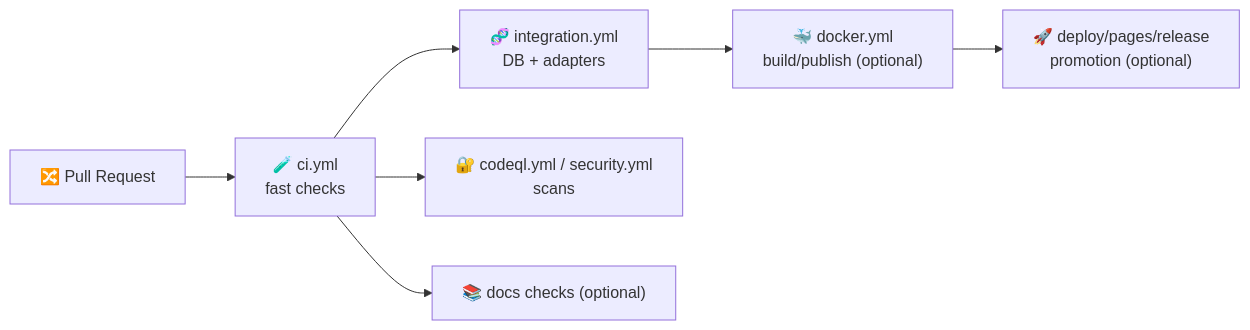
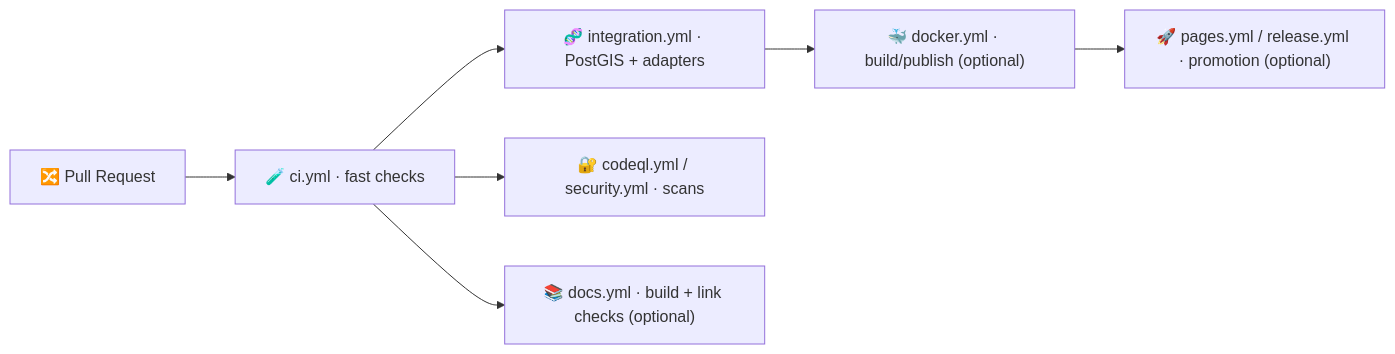
One commit to bartytime4life/Kansas-Frontier-Matrix changed the diagram in .github/workflows/README.md. Above: the diagram before and after it, drawn with Mermaid. The commit also changed other lines of this file, not shown here.

````diff
--- a/.github/workflows/README.md
+++ b/.github/workflows/README.md
@@ -78,9 +90,9 @@
 ```mermaid
 flowchart LR
-  PR["🔀 Pull Request"] --> CI["🧪 ci.yml<br>fast checks"];
-  CI --> INT["🧬 integration.yml<br>DB + adapters"];
-  CI --> SEC["🔐 codeql.yml / security.yml<br>scans"];
-  CI --> DOCS["📚 docs checks (optional)"];
-  INT --> IMG["🐳 docker.yml<br>build/publish (optional)"];
-  IMG --> DEPLOY["🚀 deploy/pages/release<br>promotion (optional)"];
+  PR["🔀 Pull Request"] --> CI["🧪 ci.yml · fast checks"]
+  CI --> INT["🧬 integration.yml · PostGIS + adapters"]
+  CI --> SEC["🔐 codeql.yml / security.yml · scans"]
+  CI --> DOCS["📚 docs.yml · build + link checks (optional)"]
+  INT --> IMG["🐳 docker.yml · build/publish (optional)"]
+  IMG --> DEPLOY["🚀 pages.yml / release.yml · promotion (optional)"]
 ```
````
